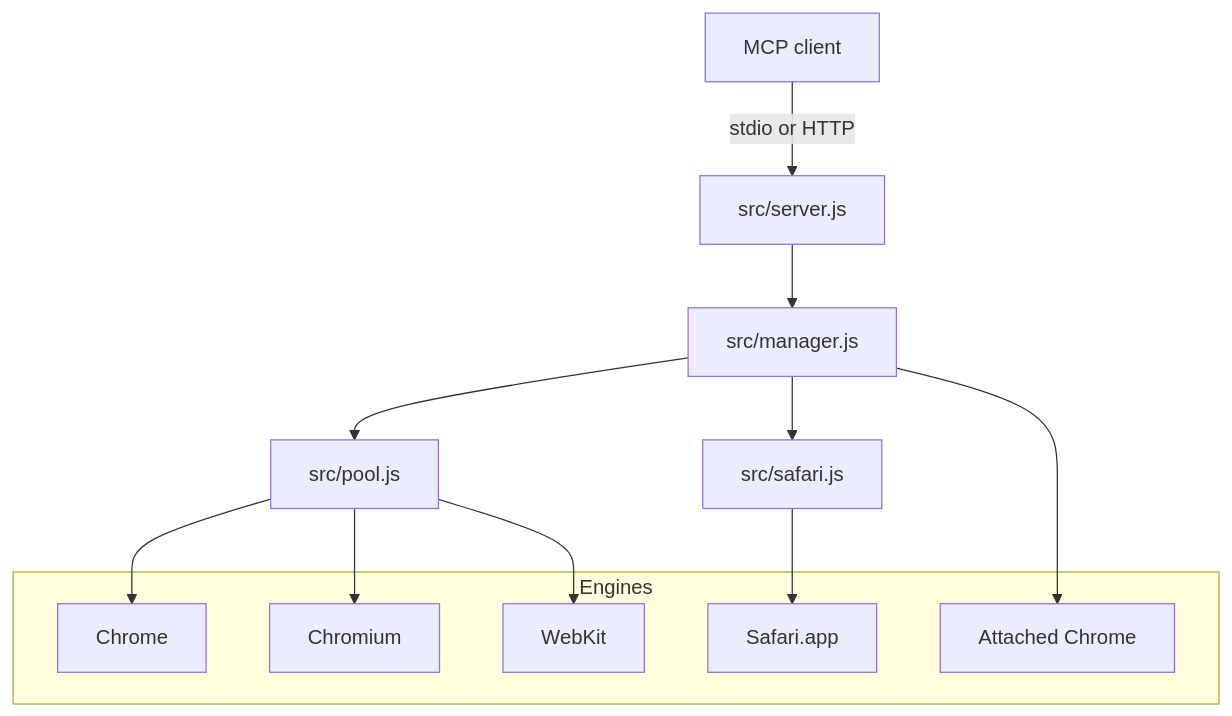
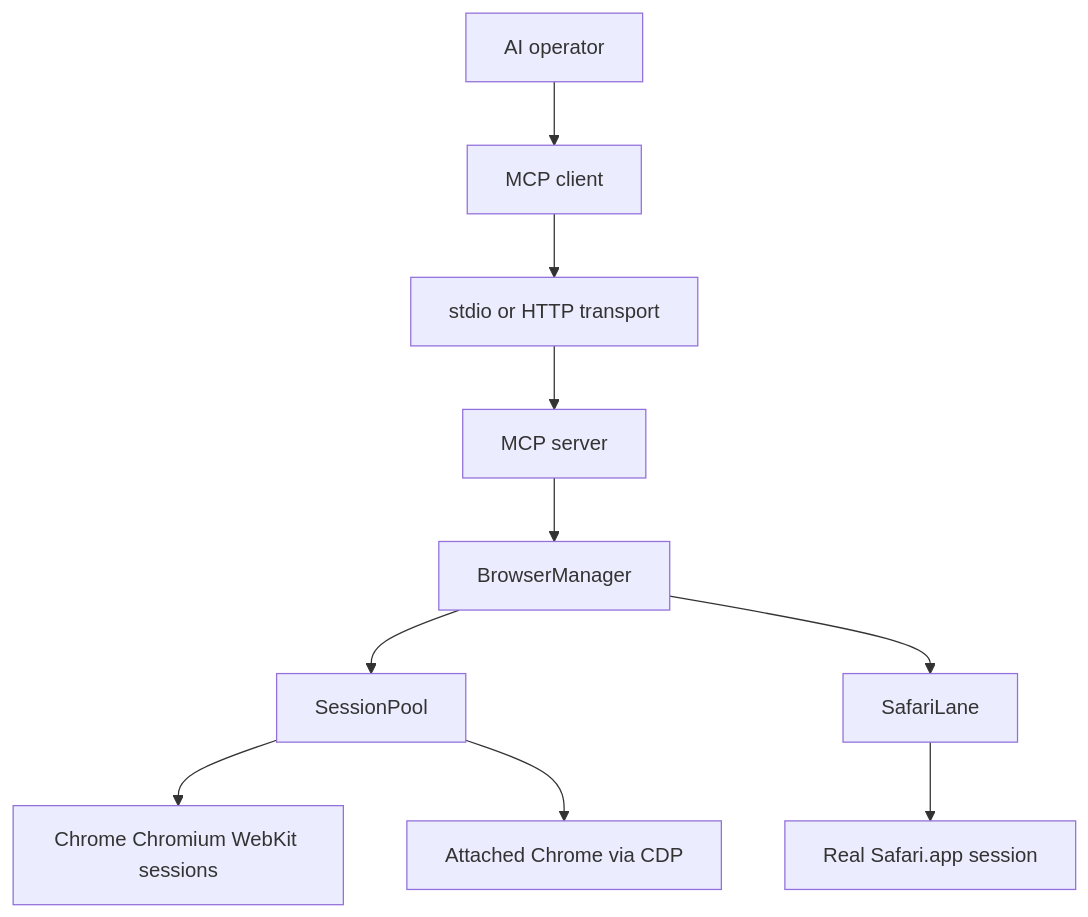
The first of 2 diagrams in README.md (apexradius/browser-mcp), drawn with Mermaid before and after one commit. The commit also changed other lines of this file and 2 other files, not shown here.

````diff
--- a/README.md
+++ b/README.md
@@ -17,21 +19,12 @@
 ```mermaid
 flowchart TD
-    MCP[MCP client] -->|stdio or HTTP| Server[src/server.js]
-    Server --> Manager[src/manager.js]
-    Manager --> Pool[src/pool.js]
-    Manager --> Safari[src/safari.js]
-
-    subgraph Engines
-        Chrome[Chrome]
-        Chromium[Chromium]
-        WebKit[WebKit]
-        SafariApp[Safari.app]
-        Attached[Attached Chrome]
-    end
-
-    Pool --> Chrome
-    Pool --> Chromium
-    Pool --> WebKit
-    Safari --> SafariApp
-    Manager --> Attached
+  U[AI operator] --> C[MCP client]
+  C --> T[stdio or HTTP transport]
+  T --> S[MCP server]
+  S --> M[BrowserManager]
+  M --> P[SessionPool]
+  M --> F[SafariLane]
+  P --> B[Chrome Chromium WebKit sessions]
+  P --> D[Attached Chrome via CDP]
+  F --> R[Real Safari.app session]
 ```
````
